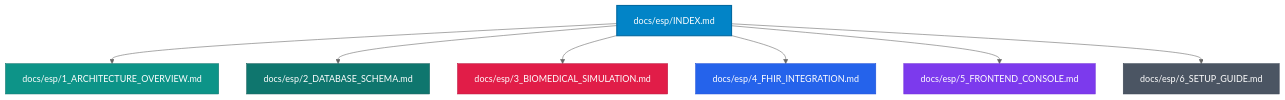
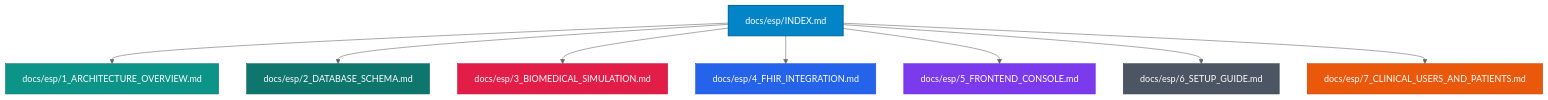
One commit to AnderUrienGoierri/BiosenseLink changed the diagram in docs/esp/INDEX.md. Above: the diagram before and after it, drawn with Mermaid (neutral theme). The commit also changed other lines of this file and 60 other files, not shown here.

````diff
--- a/docs/esp/INDEX.md
+++ b/docs/esp/INDEX.md
@@ -13,17 +13,19 @@
 ```mermaid
 graph TD
     Index[docs/esp/INDEX.md] --> Arch[docs/esp/1_ARCHITECTURE_OVERVIEW.md]
     Index --> DB[docs/esp/2_DATABASE_SCHEMA.md]
     Index --> Bio[docs/esp/3_BIOMEDICAL_SIMULATION.md]
     Index --> FHIR[docs/esp/4_FHIR_INTEGRATION.md]
     Index --> Front[docs/esp/5_FRONTEND_CONSOLE.md]
     Index --> Setup[docs/esp/6_SETUP_GUIDE.md]
+    Index --> Users[docs/esp/7_CLINICAL_USERS_AND_PATIENTS.md]
 
     style Index fill:#0284c7,stroke:#0369a1,stroke-width:2px,color:#fff
     style Arch fill:#0d9488,stroke:#0f766e,color:#fff
     style DB fill:#0f766e,stroke:#115e59,color:#fff
     style Bio fill:#e11d48,stroke:#be123c,color:#fff
     style FHIR fill:#2563eb,stroke:#1d4ed8,color:#fff
     style Front fill:#7c3aed,stroke:#6d28d9,color:#fff
     style Setup fill:#4b5563,stroke:#374151,color:#fff
+    style Users fill:#ea580c,stroke:#c2410c,color:#fff
 ```
````
